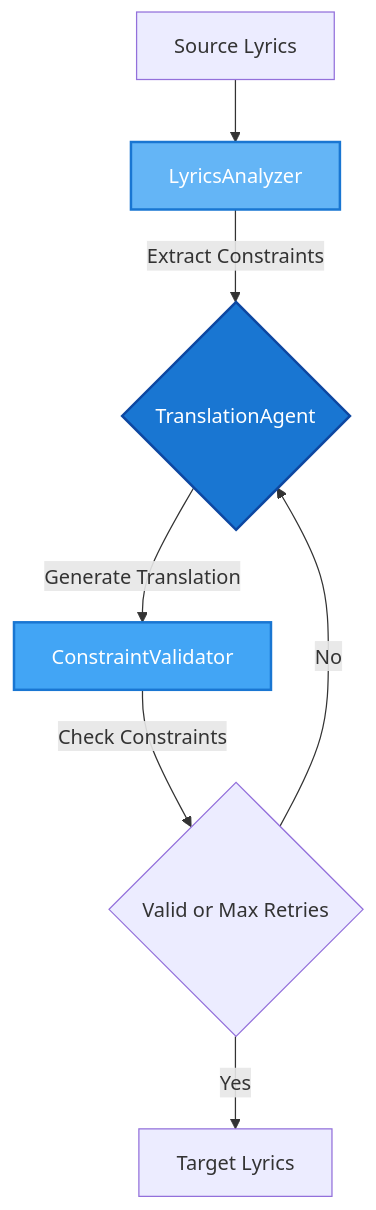
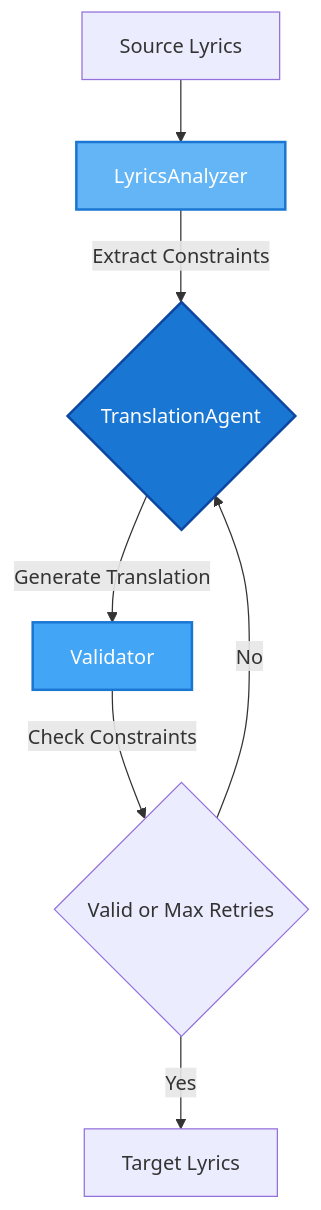
One commit to guan404ming/blt changed the diagram in README.md. Above: the diagram before and after it, drawn with Mermaid. The commit also changed 7 other files, not shown here.

````diff
--- a/README.md
+++ b/README.md
@@ -57,13 +57,13 @@
 ```mermaid
 flowchart TD
     A[Source Lyrics] --> B[LyricsAnalyzer]
     B --> |Extract Constraints| C{TranslationAgent}
-    C --> |Generate Translation| D[ConstraintValidator]
+    C --> |Generate Translation| D[Validator]
     D --> |Check Constraints| E{Valid or Max Retries}
     E --> |No| C
     E --> |Yes| F[Target Lyrics]
 
     style B fill:#64b5f6,stroke:#1976d2,stroke-width:2px,color:#fff
     style C fill:#1976d2,stroke:#0d47a1,stroke-width:2px,color:#fff
     style D fill:#42a5f5,stroke:#1976d2,stroke-width:2px,color:#fff
 ```
````
